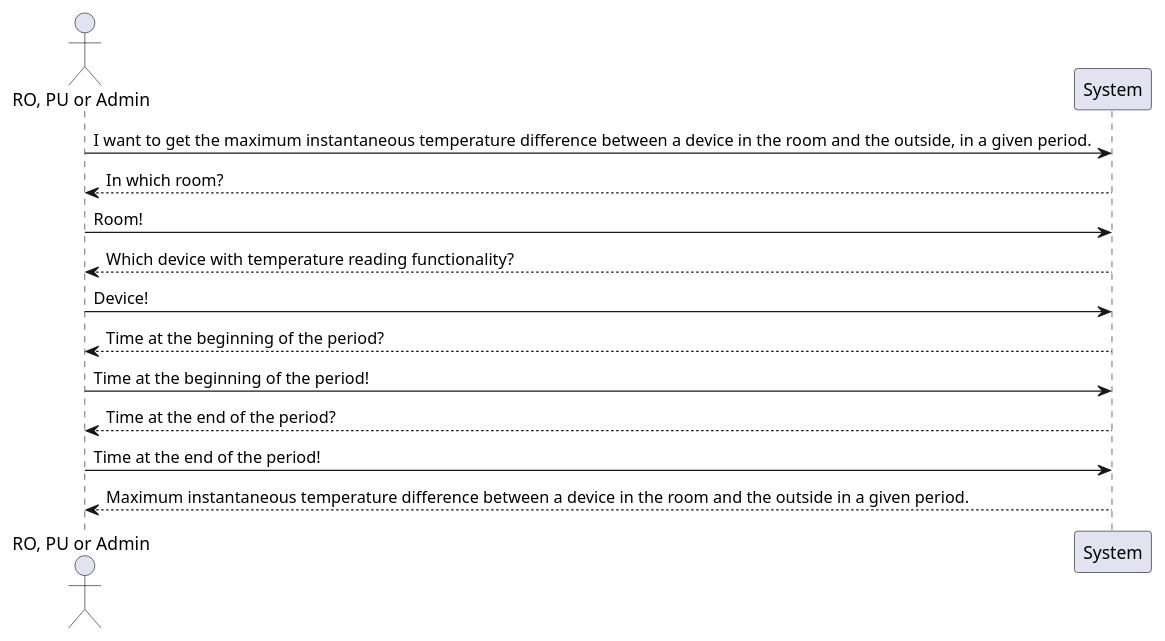
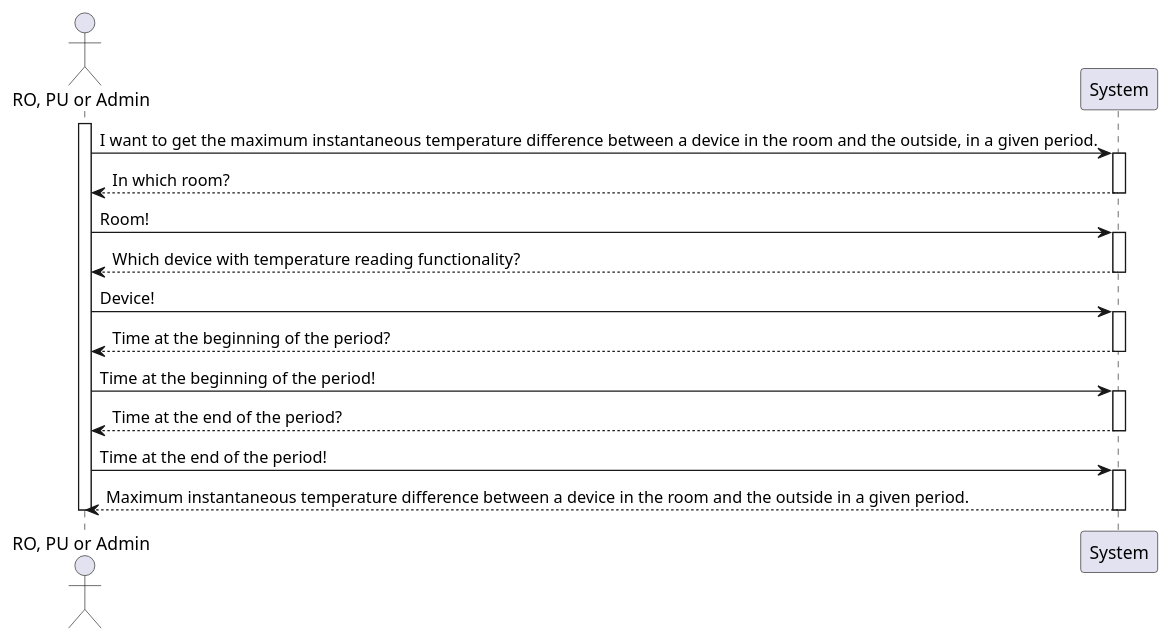
Before and after one commit to olivDiogo/SmartHome: the diagram in docs/useCases/uc13_toGetMaxInstTempDifBetweenDeviceAndOutside/artifacts/uc13_SSD.puml, drawn with PlantUML. The commit also changed 23 other files, not shown here.

```diff
--- a/docs/useCases/uc13_toGetMaxInstTempDifBetweenDeviceAndOutside/artifacts/uc13_SSD.puml
+++ b/docs/useCases/uc13_toGetMaxInstTempDifBetweenDeviceAndOutside/artifacts/uc13_SSD.puml
@@ -1,26 +1,29 @@
 @startuml
 !pragma layout smetana
 actor "RO, PU or Admin" as User
 participant System
 
+activate User
 User -> System: I want to get the maximum instantaneous temperature difference between a device in the room and the outside, in a given period.
-
+activate System
 System --> User: In which room?
-
+deactivate System
 User -> System: Room!
-
+activate System
 System --> User: Which device with temperature reading functionality?
-
+deactivate System
 User -> System: Device!
-
+activate System
 System --> User : Time at the beginning of the period?
-
+deactivate System
 User -> System: Time at the beginning of the period!
-
+activate System
 System --> User : Time at the end of the period?
-
+deactivate System
 User -> System: Time at the end of the period!
-
+activate System
 System --> User: Maximum instantaneous temperature difference between a device in the room and the outside in a given period.
+deactivate System
+deactivate User
 
 @enduml
```
